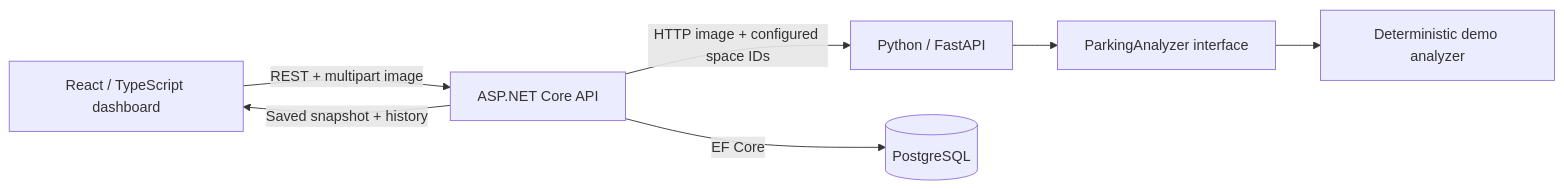
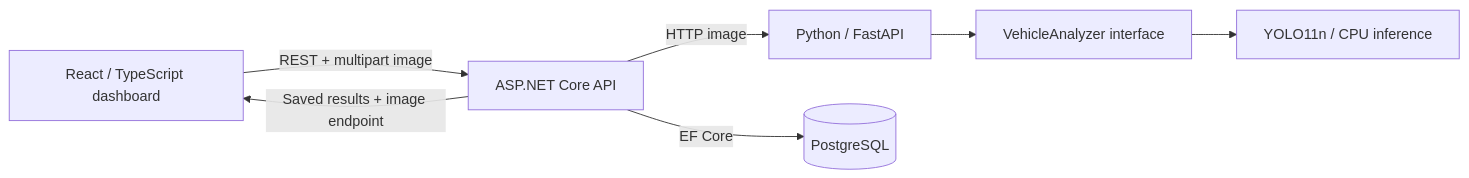
One commit to Gal10-debug/SmartParking changed the diagram in README.md. Above: the diagram before and after it, drawn with Mermaid. The commit also changed other lines of this file, not shown here.

````diff
--- a/README.md
+++ b/README.md
@@ -9,9 +11,9 @@
 ```mermaid
 flowchart LR
     Browser[React / TypeScript dashboard] -->|REST + multipart image| API[ASP.NET Core API]
-    API -->|HTTP image + configured space IDs| AI[Python / FastAPI]
-    AI --> Analyzer[ParkingAnalyzer interface]
-    Analyzer --> Demo[Deterministic demo analyzer]
+    API -->|HTTP image| AI[Python / FastAPI]
+    AI --> Interface[VehicleAnalyzer interface]
+    Interface --> YOLO[YOLO11n / CPU inference]
     API -->|EF Core| DB[(PostgreSQL)]
-    API -->|Saved snapshot + history| Browser
+    API -->|Saved results + image endpoint| Browser
 ```
````
